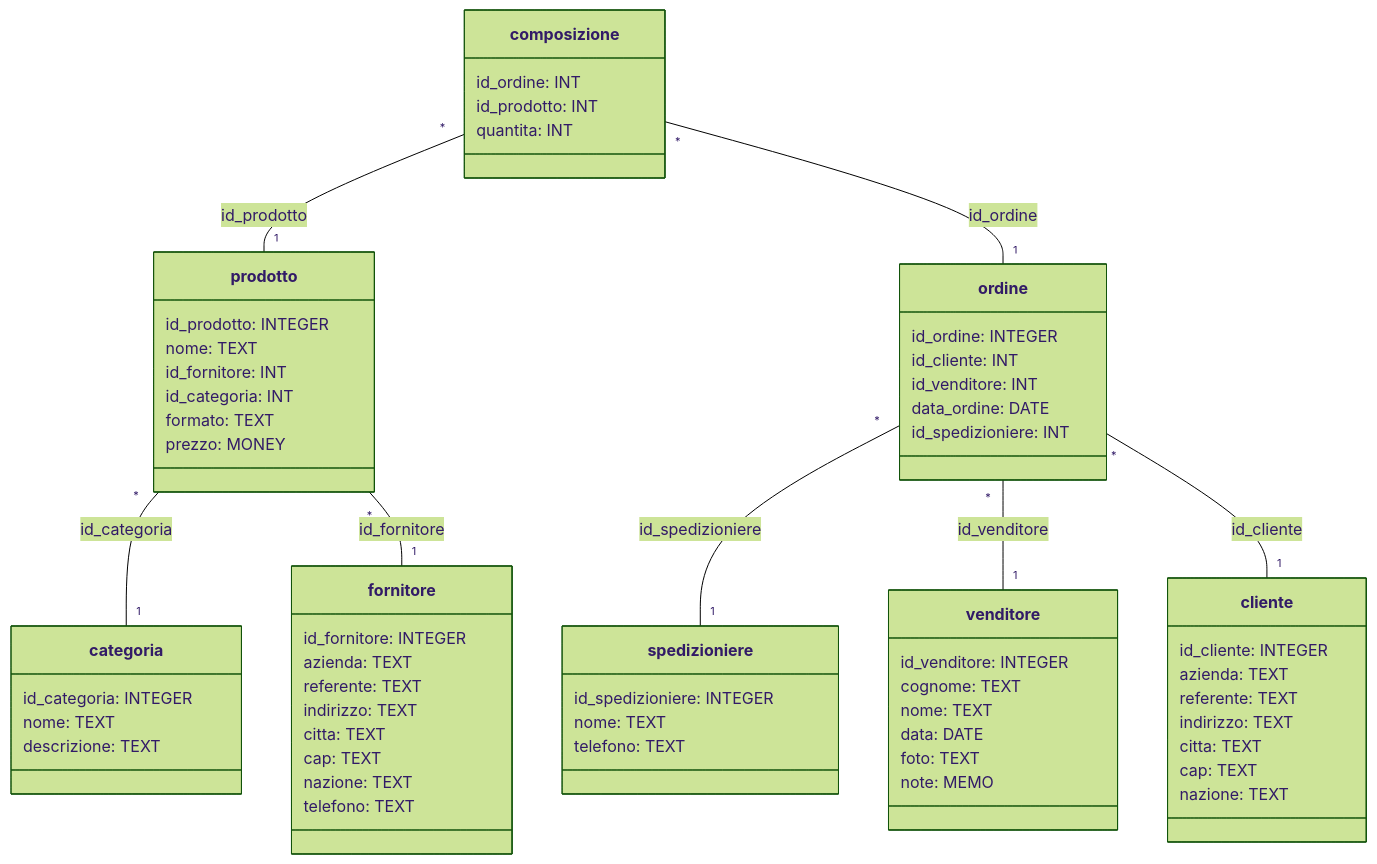
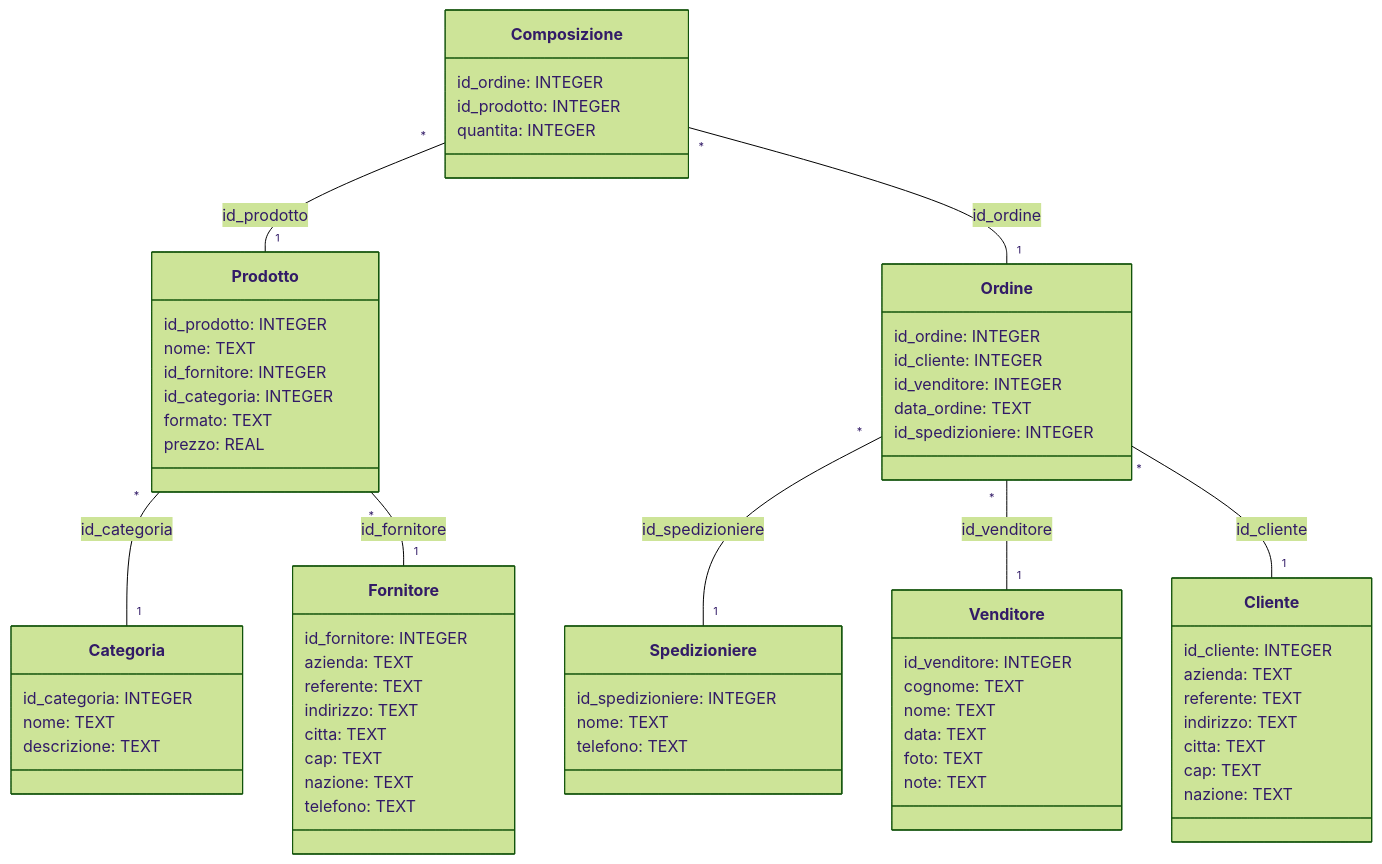
Before and after one commit to gionatamassibenincasa/database-didattici: the diagram in nw_w3schools-it/doc/nw_w3school-it.mermaid, drawn with Mermaid (forest theme). The commit also changed other lines of this file and 11 other files, not shown here.

````diff
--- a/nw_w3schools-it/doc/nw_w3school-it.mermaid
+++ b/nw_w3schools-it/doc/nw_w3school-it.mermaid
@@ -1,75 +1,73 @@
-```mermaid
 classDiagram
-class categoria {
+class Categoria {
 	id_categoria: INTEGER
 	nome: TEXT
 	descrizione: TEXT
 }
 
-class cliente {
+class Cliente {
 	id_cliente: INTEGER
 	azienda: TEXT
 	referente: TEXT
 	indirizzo: TEXT
 	citta: TEXT
 	cap: TEXT
 	nazione: TEXT
 }
 
-class venditore {
+class Venditore {
 	id_venditore: INTEGER
 	cognome: TEXT
 	nome: TEXT
-	data: DATE
+	data: TEXT
 	foto: TEXT
-	note: MEMO
+	note: TEXT
 }
 
-class spedizioniere {
+class Spedizioniere {
 	id_spedizioniere: INTEGER
 	nome: TEXT
 	telefono: TEXT
 }
 
-class ordine {
+class Ordine {
 	id_ordine: INTEGER
-	id_cliente: INT
-	id_venditore: INT
-	data_ordine: DATE
-	id_spedizioniere: INT
+	id_cliente: INTEGER
+	id_venditore: INTEGER
+	data_ordine: TEXT
+	id_spedizioniere: INTEGER
 }
 
-class composizione {
-	id_ordine: INT
-	id_prodotto: INT
-	quantita: INT
+class Composizione {
+	id_ordine: INTEGER
+	id_prodotto: INTEGER
+	quantita: INTEGER
 }
 
-class fornitore {
+class Fornitore {
 	id_fornitore: INTEGER
 	azienda: TEXT
 	referente: TEXT
 	indirizzo: TEXT
 	citta: TEXT
 	cap: TEXT
 	nazione: TEXT
 	telefono: TEXT
 }
 
-class prodotto {
+class Prodotto {
 	id_prodotto: INTEGER
 	nome: TEXT
-	id_fornitore: INT
-	id_categoria: INT
+	id_fornitore: INTEGER
+	id_categoria: INTEGER
 	formato: TEXT
-	prezzo: MONEY
+	prezzo: REAL
 }
 
-ordine "*" -- "1" spedizioniere : id_spedizioniere
-ordine "*" -- "1" venditore : id_venditore
-ordine "*" -- "1" cliente : id_cliente
-composizione "*" -- "1" prodotto : id_prodotto
-composizione "*" -- "1" ordine : id_ordine
-prodotto "*" -- "1" categoria : id_categoria
-prodotto "*" -- "1" fornitore : id_fornitore
-```
+Ordine "*" -- "1" Spedizioniere : id_spedizioniere
+Ordine "*" -- "1" Venditore : id_venditore
+Ordine "*" -- "1" Cliente : id_cliente
+Composizione "*" -- "1" Prodotto : id_prodotto
+Composizione "*" -- "1" Ordine : id_ordine
+Prodotto "*" -- "1" Categoria : id_categoria
+Prodotto "*" -- "1" Fornitore : id_fornitore
````
